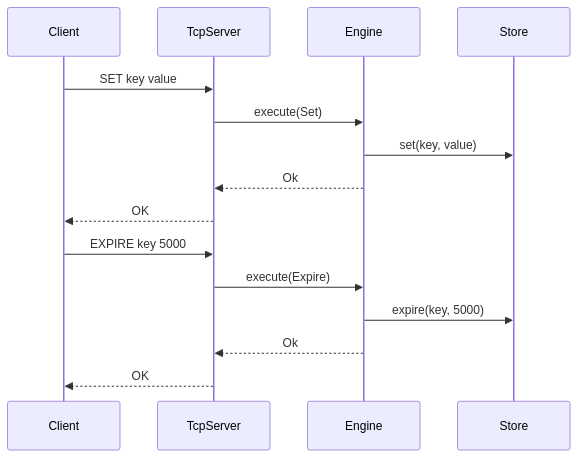
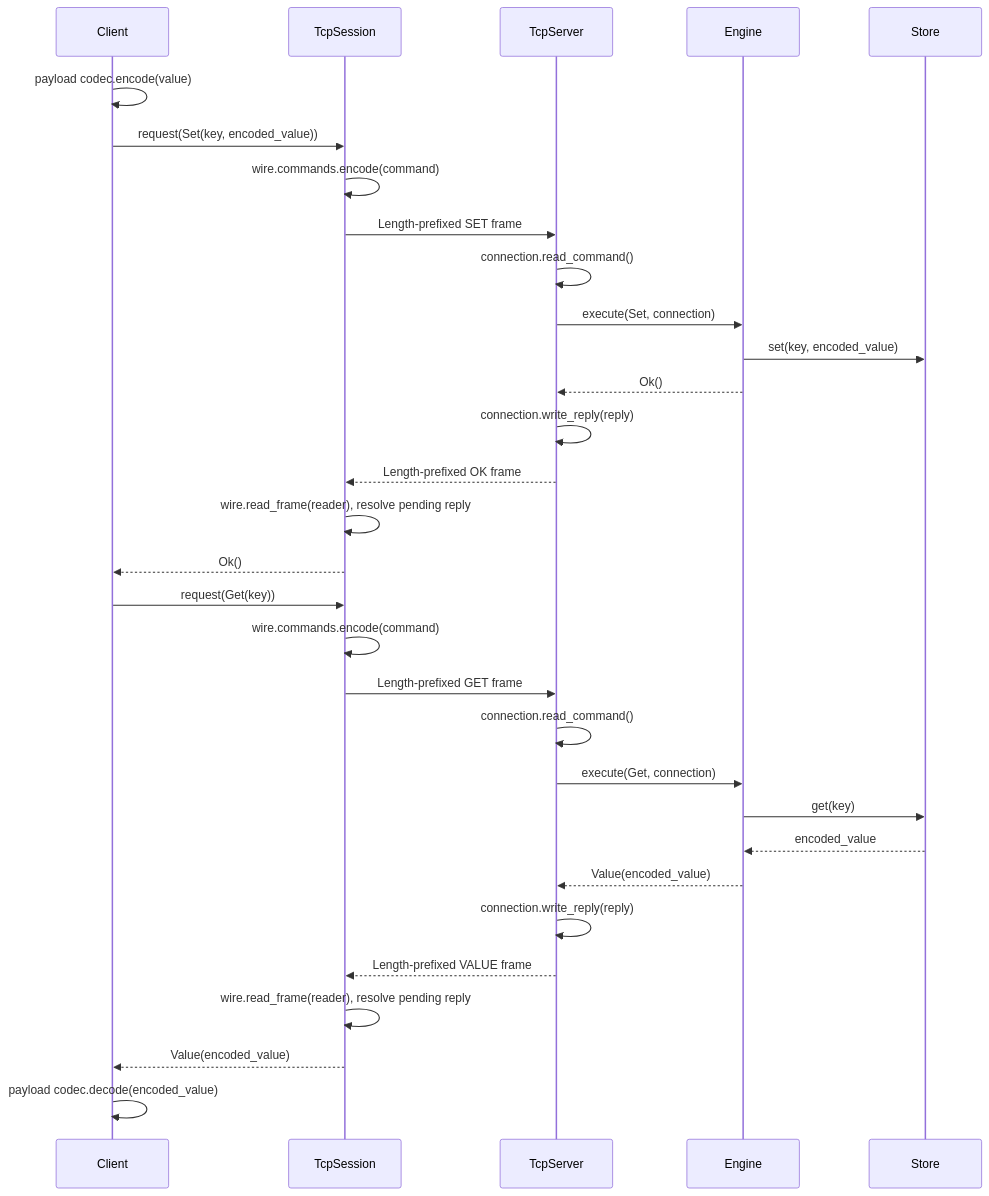
The second of 6 diagrams in README.md (gchape/velis), drawn with Mermaid before and after one commit. The commit also changed other lines of this file and 19 other files, not shown here.

First line of the commit message:
refactor(codec): compose typed wire protocols and validation chains

````diff
--- a/README.md
+++ b/README.md
@@ -134,19 +144,35 @@
 ```mermaid
 sequenceDiagram
     participant C as Client
+    participant T as TcpSession
     participant S as TcpServer
     participant E as Engine
-    participant T as Store
+    participant K as Store
 
-    C->>S: SET key value
-    S->>E: execute(Set)
-    E->>T: set(key, value)
-    E-->>S: Ok
-    S-->>C: OK
+    C->>C: payload codec.encode(value)
+    C->>T: request(Set(key, encoded_value))
+    T->>T: wire.commands.encode(command)
+    T->>S: Length-prefixed SET frame
+    S->>S: connection.read_command()
+    S->>E: execute(Set, connection)
+    E->>K: set(key, encoded_value)
+    E-->>S: Ok()
+    S->>S: connection.write_reply(reply)
+    S-->>T: Length-prefixed OK frame
+    T->>T: wire.read_frame(reader), resolve pending reply
+    T-->>C: Ok()
 
-    C->>S: EXPIRE key 5000
-    S->>E: execute(Expire)
-    E->>T: expire(key, 5000)
-    E-->>S: Ok
-    S-->>C: OK
+    C->>T: request(Get(key))
+    T->>T: wire.commands.encode(command)
+    T->>S: Length-prefixed GET frame
+    S->>S: connection.read_command()
+    S->>E: execute(Get, connection)
+    E->>K: get(key)
+    K-->>E: encoded_value
+    E-->>S: Value(encoded_value)
+    S->>S: connection.write_reply(reply)
+    S-->>T: Length-prefixed VALUE frame
+    T->>T: wire.read_frame(reader), resolve pending reply
+    T-->>C: Value(encoded_value)
+    C->>C: payload codec.decode(encoded_value)
 ```
````
